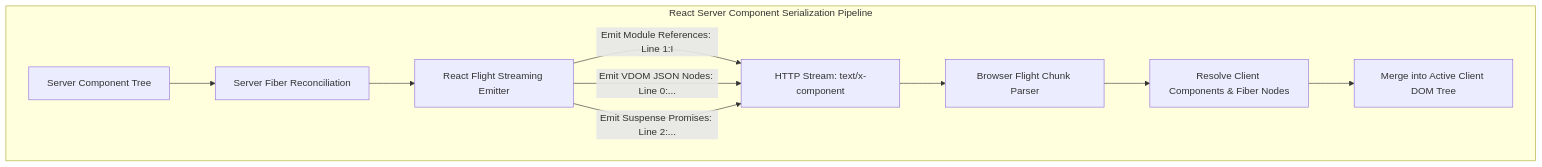
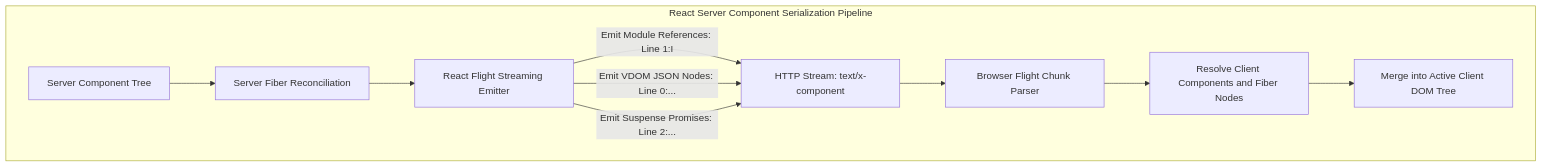
The diagram in blog/posts/deconstructing-react-flight-protocol-rsc-wire-format-streaming.md (akmalkhaniub/akmalkhaniub.github.io), drawn with Mermaid before and after one commit. The commit also changed 600 other files, not shown here.

Commit message:
fix(blog): resolve Mermaid v10 syntax errors across Figure 1 and publication subgraphs

````diff
--- a/blog/posts/deconstructing-react-flight-protocol-rsc-wire-format-streaming.md
+++ b/blog/posts/deconstructing-react-flight-protocol-rsc-wire-format-streaming.md
@@ -22,15 +22,15 @@
 ```mermaid
 graph TD
-  subgraph React Server Component Serialization Pipeline
-    ServerTree[Server Component Tree] --> FiberPass[Server Fiber Reconciliation]
-    FiberPass --> FlightEmitter[React Flight Streaming Emitter]
+  subgraph FlightPipeline ["React Server Component Serialization Pipeline"]
+    ServerTree["Server Component Tree"] --> FiberPass["Server Fiber Reconciliation"]
+    FiberPass --> FlightEmitter["React Flight Streaming Emitter"]
     
-    FlightEmitter -->|Emit Module References: Line 1:I| Wire[HTTP Stream: text/x-component]
+    FlightEmitter -->|Emit Module References: Line 1:I| Wire["HTTP Stream: text/x-component"]
     FlightEmitter -->|Emit VDOM JSON Nodes: Line 0:...| Wire
     FlightEmitter -->|Emit Suspense Promises: Line 2:...| Wire
     
-    Wire --> ClientParser[Browser Flight Chunk Parser]
-    ClientParser --> ChunkResolver[Resolve Client Components & Fiber Nodes]
-    ChunkResolver --> DOMReconciliation[Merge into Active Client DOM Tree]
+    Wire --> ClientParser["Browser Flight Chunk Parser"]
+    ClientParser --> ChunkResolver["Resolve Client Components and Fiber Nodes"]
+    ChunkResolver --> DOMReconciliation["Merge into Active Client DOM Tree"]
   end
 ```
````
